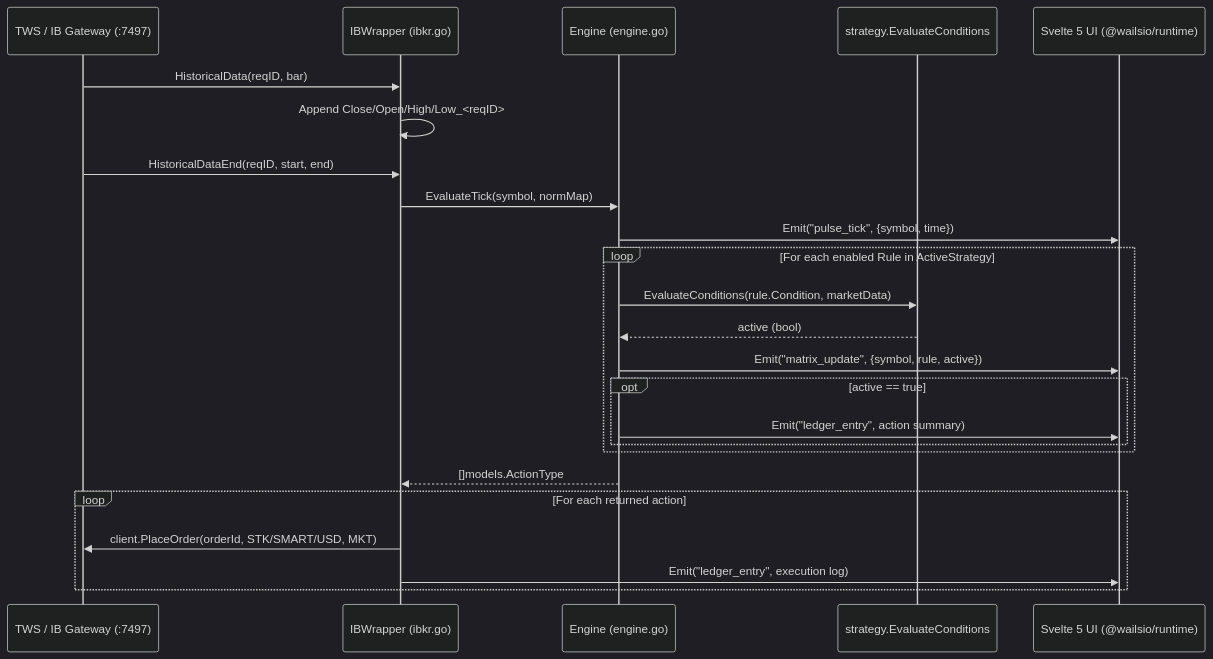
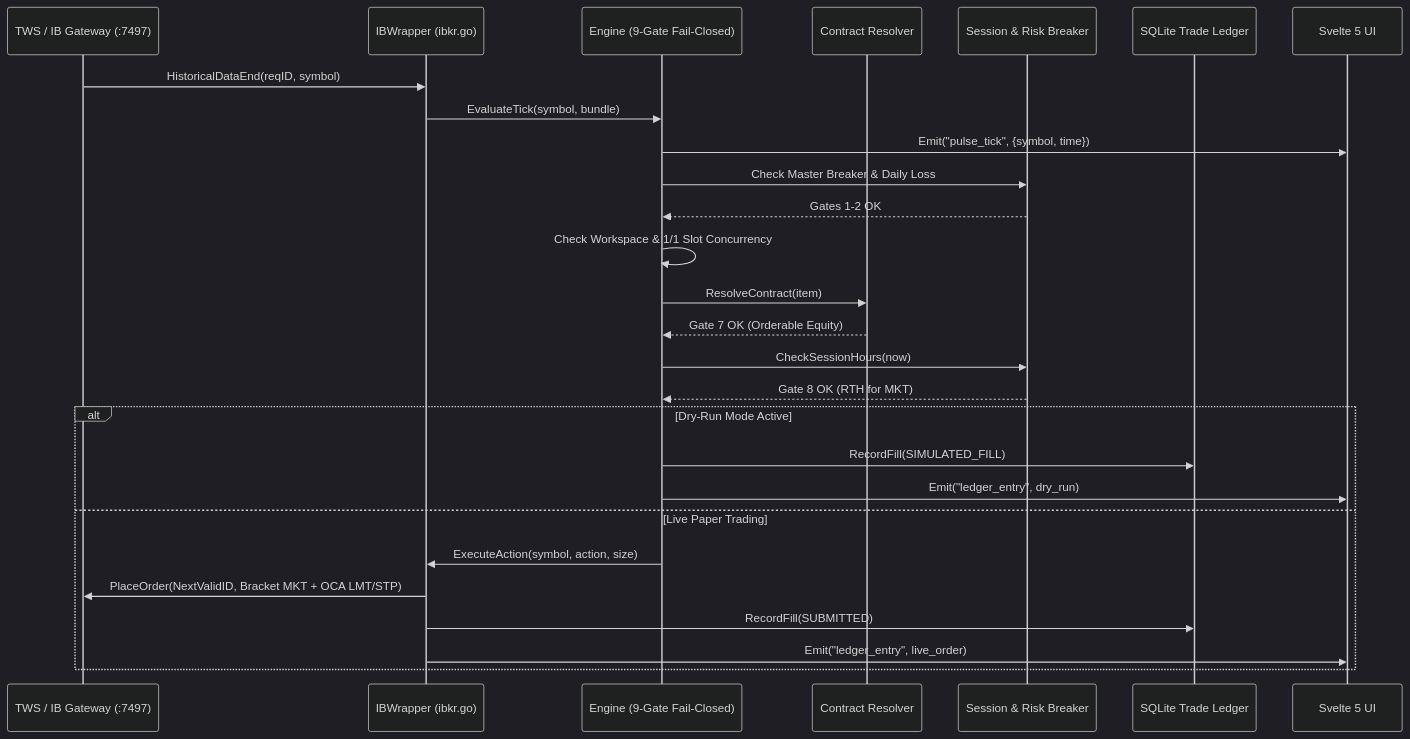
Before and after one commit to Boostao/tws_tradingbot: the second of 2 diagrams in okf/02_present_state/system_architecture.md, drawn with Mermaid (dark theme). The commit also changed other lines of this file and 94 other files, not shown here.

First line of the commit message:
feat: complete Cobalt F1 Cockpit transformation, OKF curation, and live IBKR paper gate

````diff
--- a/okf/02_present_state/system_architecture.md
+++ b/okf/02_present_state/system_architecture.md
@@ -156,27 +217,30 @@
 ```mermaid
 sequenceDiagram
     participant TWS as TWS / IB Gateway (:7497)
     participant IBW as IBWrapper (ibkr.go)
-    participant Eng as Engine (engine.go)
-    participant Eval as strategy.EvaluateConditions
-    participant UI as Svelte 5 UI (@wailsio/runtime)
+    participant Eng as Engine (9-Gate Fail-Closed)
+    participant Res as Contract Resolver
+    participant Gate as Session & Risk Breaker
+    participant DB as SQLite Trade Ledger
+    participant UI as Svelte 5 UI
 
-    TWS->>IBW: HistoricalData(reqID, bar)
-    IBW->>IBW: Append Close/Open/High/Low_<reqID>
-    TWS->>IBW: HistoricalDataEnd(reqID, start, end)
-    IBW->>Eng: EvaluateTick(symbol, normMap)
+    TWS->>IBW: HistoricalDataEnd(reqID, symbol)
+    IBW->>Eng: EvaluateTick(symbol, bundle)
     Eng->>UI: Emit("pulse_tick", {symbol, time})
-    loop For each enabled Rule in ActiveStrategy
-        Eng->>Eval: EvaluateConditions(rule.Condition, marketData)
-        Eval-->>Eng: active (bool)
-        Eng->>UI: Emit("matrix_update", {symbol, rule, active})
-        opt active == true
-            Eng->>UI: Emit("ledger_entry", action summary)
-        end
-    end
-    Eng-->>IBW: []models.ActionType
-    loop For each returned action
-        IBW->>TWS: client.PlaceOrder(orderId, STK/SMART/USD, MKT)
-        IBW->>UI: Emit("ledger_entry", execution log)
+    Eng->>Gate: Check Master Breaker & Daily Loss
+    Gate-->>Eng: Gates 1-2 OK
+    Eng->>Eng: Check Workspace & 1/1 Slot Concurrency
+    Eng->>Res: ResolveContract(item)
+    Res-->>Eng: Gate 7 OK (Orderable Equity)
+    Eng->>Gate: CheckSessionHours(now)
+    Gate-->>Eng: Gate 8 OK (RTH for MKT)
+    alt Dry-Run Mode Active
+        Eng->>DB: RecordFill(SIMULATED_FILL)
+        Eng->>UI: Emit("ledger_entry", dry_run)
+    else Live Paper Trading
+        Eng->>IBW: ExecuteAction(symbol, action, size)
+        IBW->>TWS: PlaceOrder(NextValidID, Bracket MKT + OCA LMT/STP)
+        IBW->>DB: RecordFill(SUBMITTED)
+        IBW->>UI: Emit("ledger_entry", live_order)
     end
 ```
````
